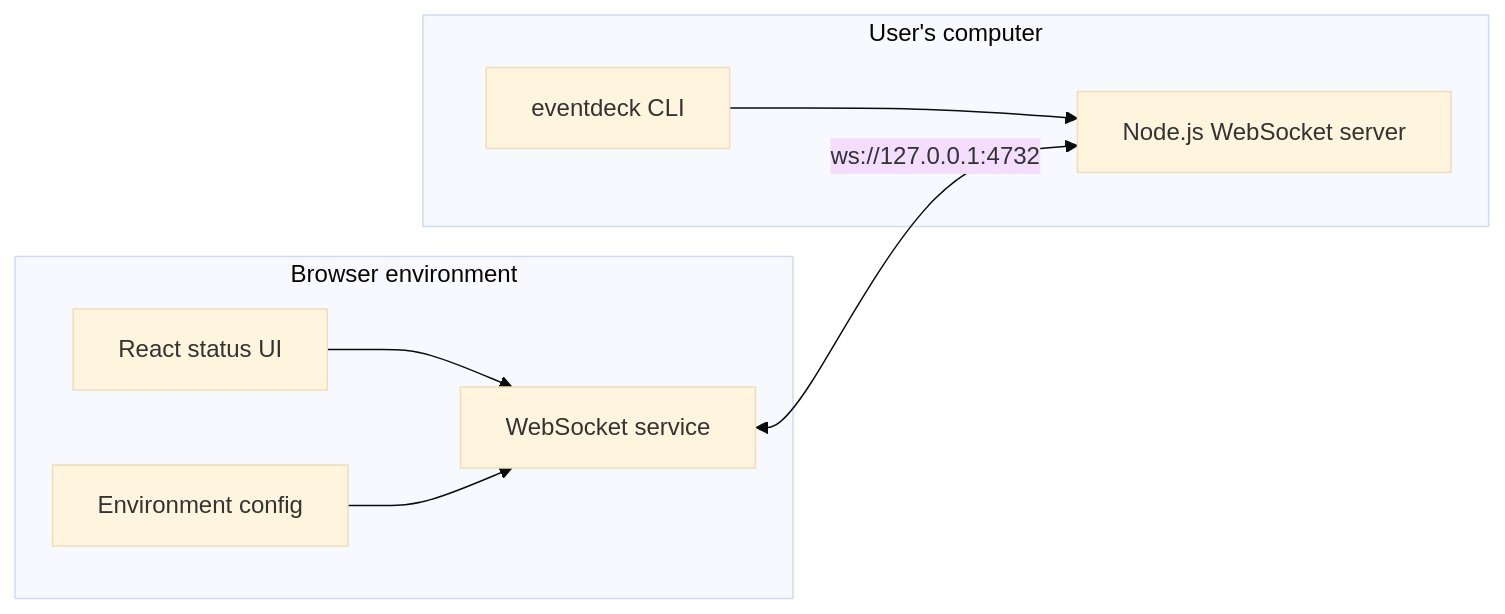
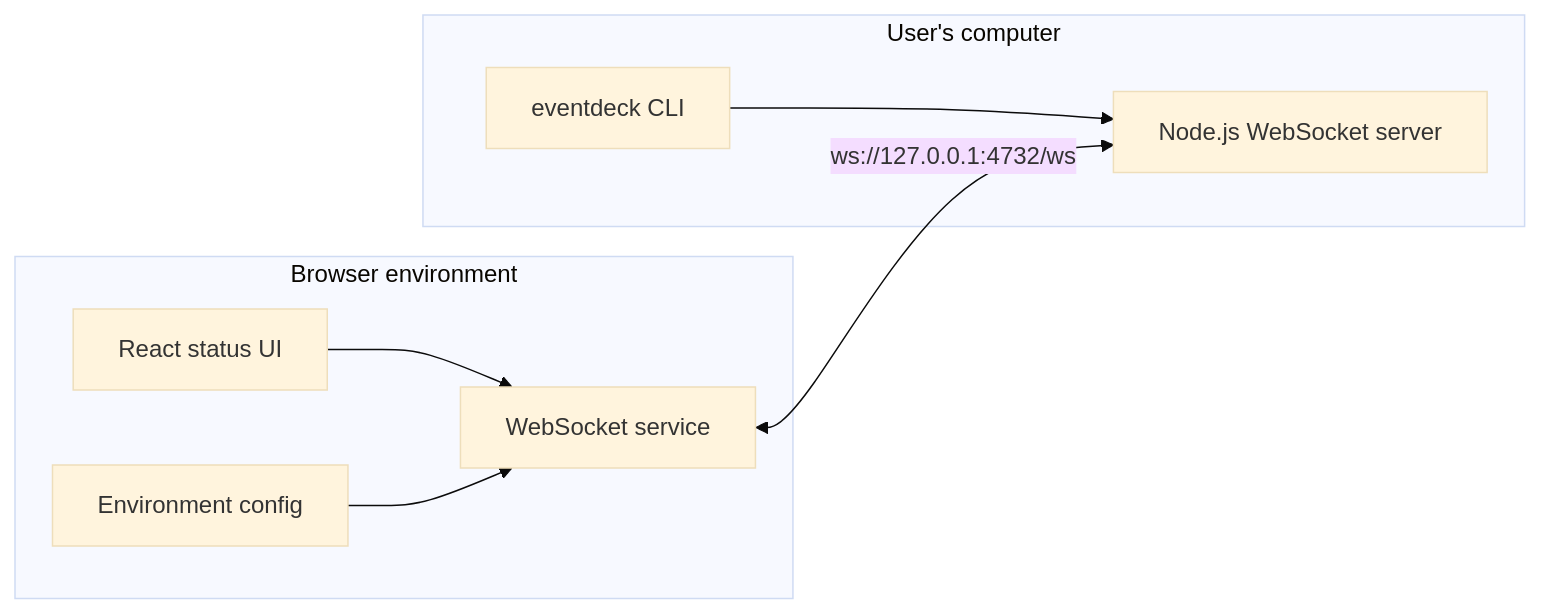
One commit to manishsharma130/eventdeck changed the first of 5 diagrams in docs/architecture.md. Above: the diagram before and after it, drawn with Mermaid (base theme). The commit also changed other lines of this file and 39 other files, not shown here.

````diff
--- a/docs/architecture.md
+++ b/docs/architecture.md
@@ -9,20 +9,20 @@
 ```mermaid
 flowchart LR
     subgraph Browser[Browser environment]
         UI[React status UI]
         Client[WebSocket service]
         Config[Environment config]
 
         UI --> Client
         Config --> Client
     end
 
     subgraph Local[User's computer]
         CLI[eventdeck CLI]
         Server[Node.js WebSocket server]
 
         CLI --> Server
     end
 
-    Client <-->|ws://127.0.0.1:4732| Server
+    Client <-->|ws://127.0.0.1:4732/ws| Server
 ```
````
